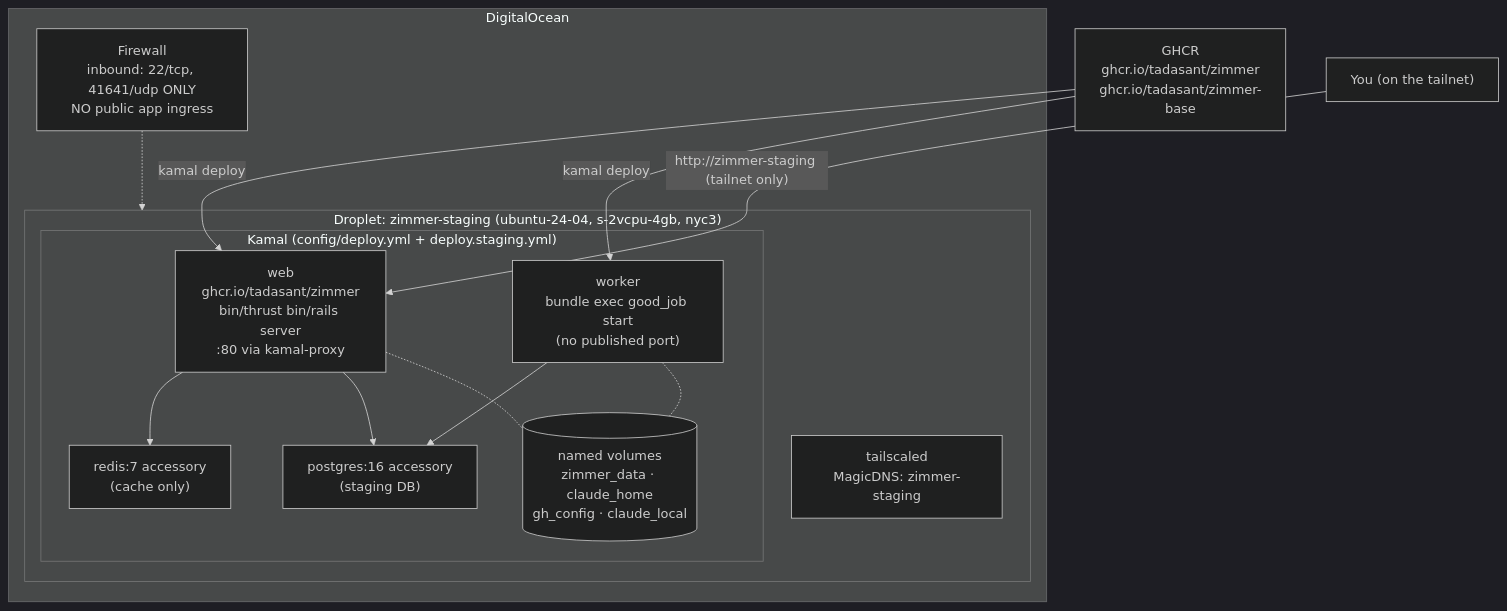
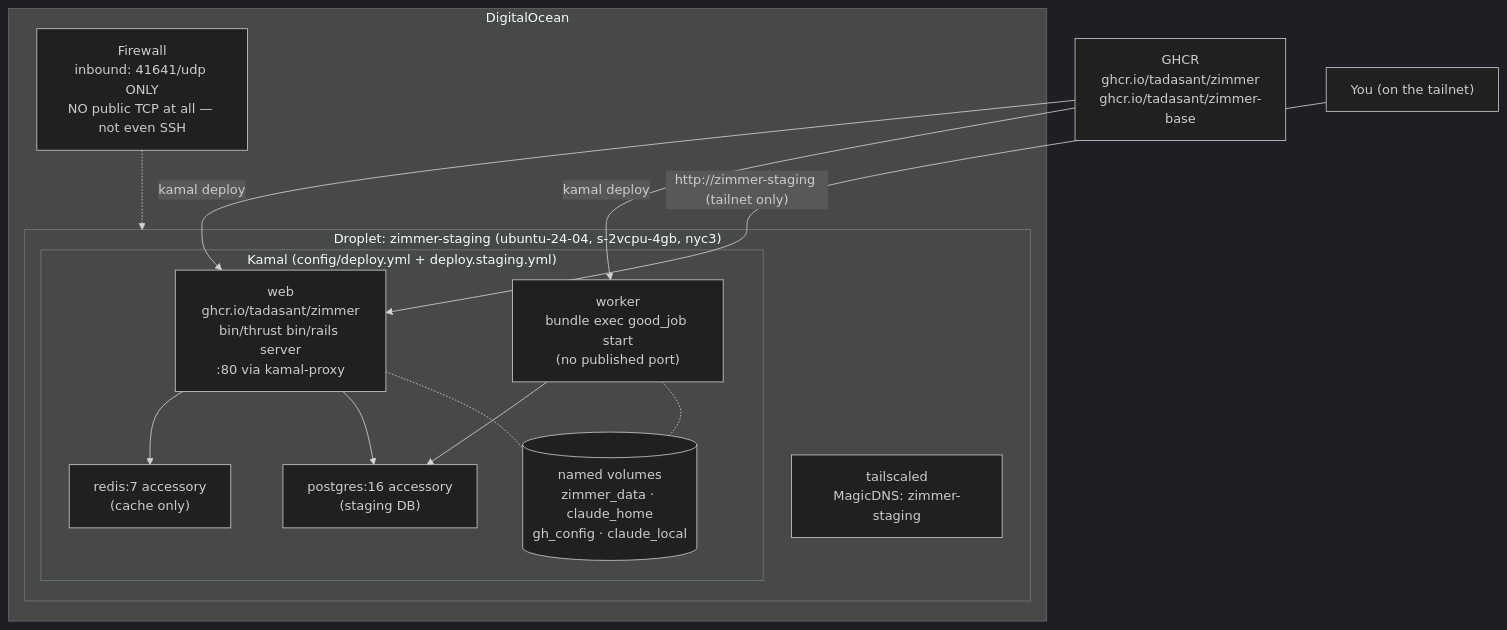
Before and after one commit to tadasant/zimmer: the first of 2 diagrams in docs/src/content/docs/operate/deploying.md, drawn with Mermaid (dark theme). The commit also changed 6 other files, not shown here.

````diff
--- a/docs/src/content/docs/operate/deploying.md
+++ b/docs/src/content/docs/operate/deploying.md
@@ -22,29 +22,29 @@
 ```mermaid
 flowchart TB
     subgraph do["DigitalOcean"]
         subgraph droplet["Droplet: zimmer-staging (ubuntu-24-04, s-2vcpu-4gb, nyc3)"]
             subgraph kamal["Kamal (config/deploy.yml + deploy.staging.yml)"]
                 WEB["web<br/>ghcr.io/tadasant/zimmer<br/>bin/thrust bin/rails server<br/>:80 via kamal-proxy"]
                 WRK["worker<br/>bundle exec good_job start<br/>(no published port)"]
                 RDS["redis:7 accessory<br/>(cache only)"]
                 DBS["postgres:16 accessory<br/>(staging DB)"]
                 VOL[("named volumes<br/>zimmer_data · claude_home<br/>gh_config · claude_local")]
             end
             TS["tailscaled<br/>MagicDNS: zimmer-staging"]
         end
-        FW["Firewall<br/>inbound: 22/tcp, 41641/udp ONLY<br/>NO public app ingress"]
+        FW["Firewall<br/>inbound: 41641/udp ONLY<br/>NO public TCP at all — not even SSH"]
     end
 
     GH["GHCR<br/>ghcr.io/tadasant/zimmer<br/>ghcr.io/tadasant/zimmer-base"]
     U["You (on the tailnet)"]
 
     GH -->|"kamal deploy"| WEB
     GH -->|"kamal deploy"| WRK
     WEB --> RDS
     WEB --> DBS
     WRK --> DBS
     WEB -.- VOL
     WRK -.- VOL
     U -->|"http://zimmer-staging (tailnet only)"| WEB
     FW -.-> droplet
 ```
````
